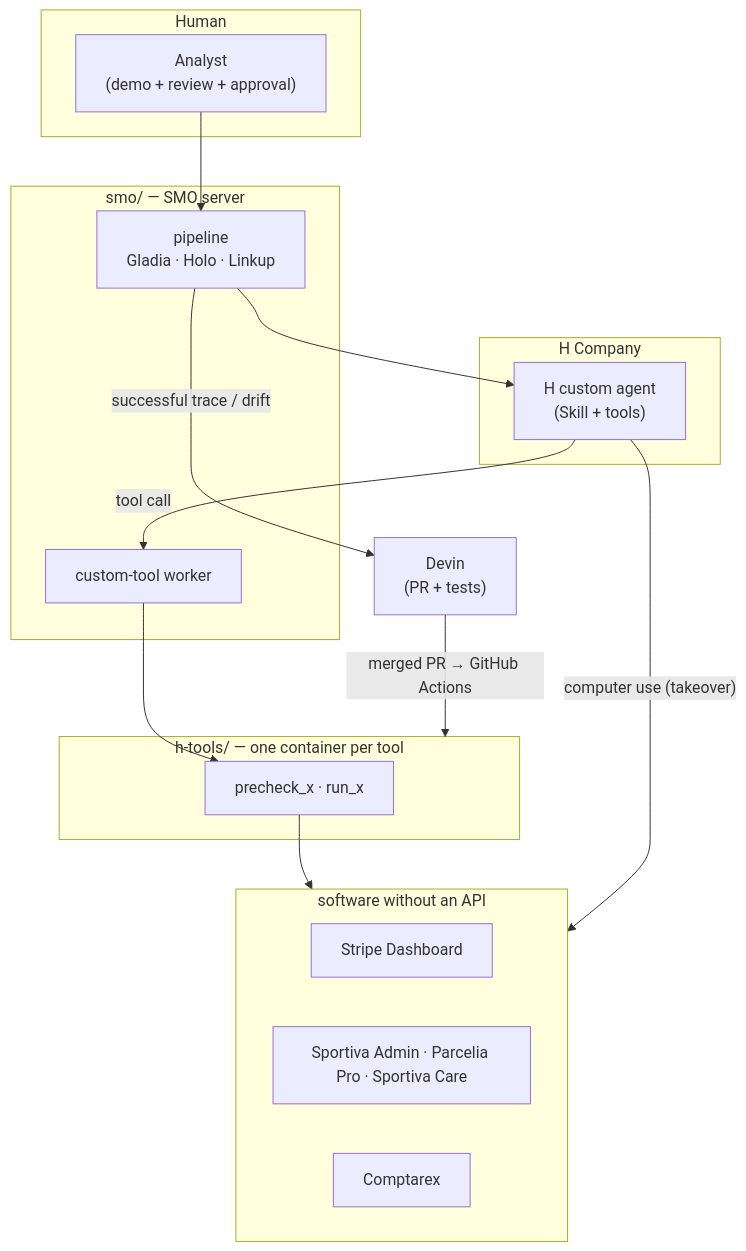
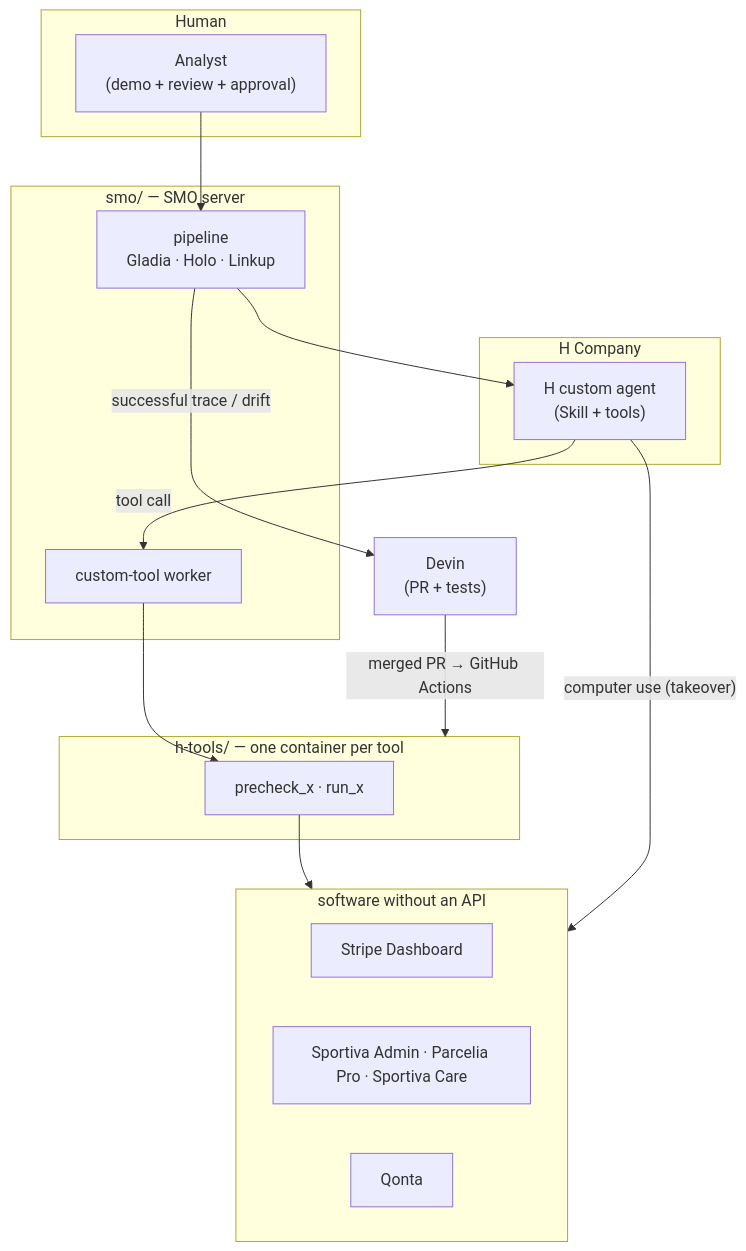
Before and after one commit to h-hackathon/show-me-once-hackathon-h: the second of 2 diagrams in README.md, drawn with Mermaid. The commit also changed other lines of this file, not shown here.

Commit message:
README: Qonta, ROI section, references aligned with the latest chargebacks code

````diff
--- a/README.md
+++ b/README.md
@@ -119,26 +131,26 @@
 ```mermaid
 flowchart TB
     subgraph Human
       U["Analyst<br/>(demo + review + approval)"]
     end
     subgraph SMO["smo/ — SMO server"]
       P["pipeline<br/>Gladia · Holo · Linkup"]
       W["custom-tool worker"]
     end
     subgraph H["H Company"]
       AG["H custom agent<br/>(Skill + tools)"]
     end
     subgraph T["h-tools/ — one container per tool"]
       TL["precheck_x · run_x"]
     end
     DV["Devin<br/>(PR + tests)"]
     subgraph Targets["software without an API"]
       ST["Stripe Dashboard"]
       SP["Sportiva Admin · Parcelia Pro · Sportiva Care"]
-      CX["Comptarex"]
+      CX["Qonta"]
     end
     U --> P --> AG
     AG -- "tool call" --> W --> TL --> Targets
     AG -- "computer use (takeover)" --> Targets
     P -- "successful trace / drift" --> DV -- "merged PR → GitHub Actions" --> T
 ```
````
